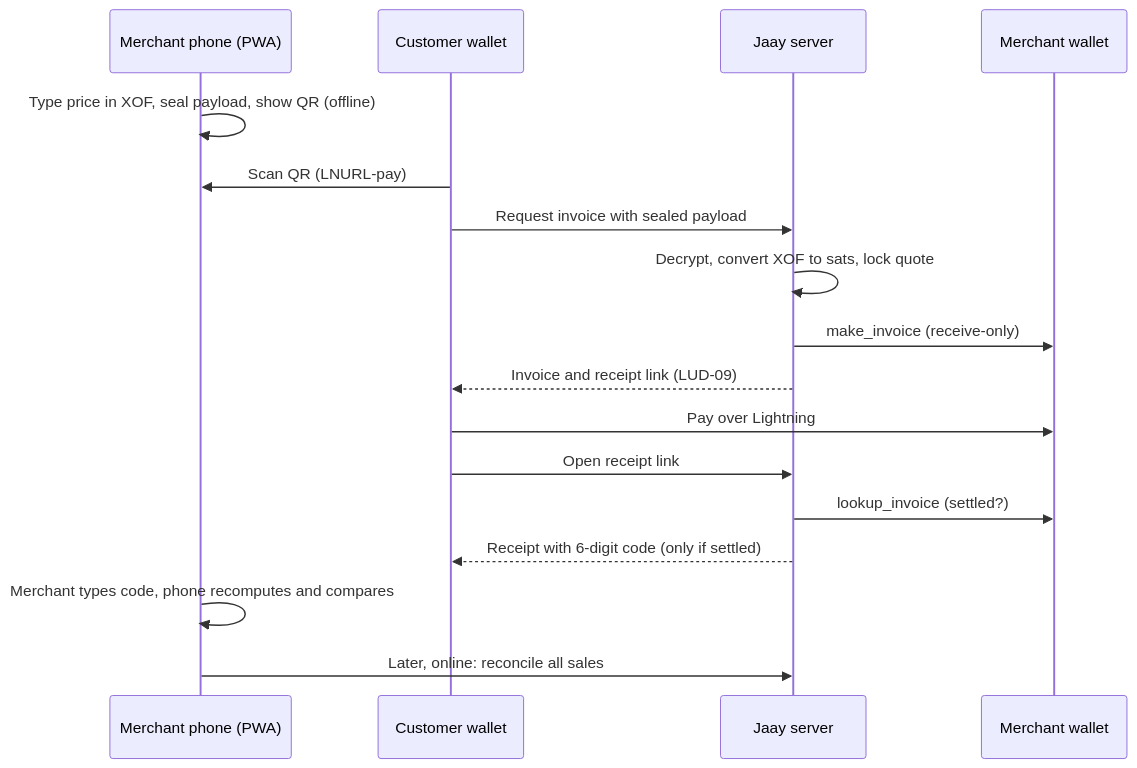
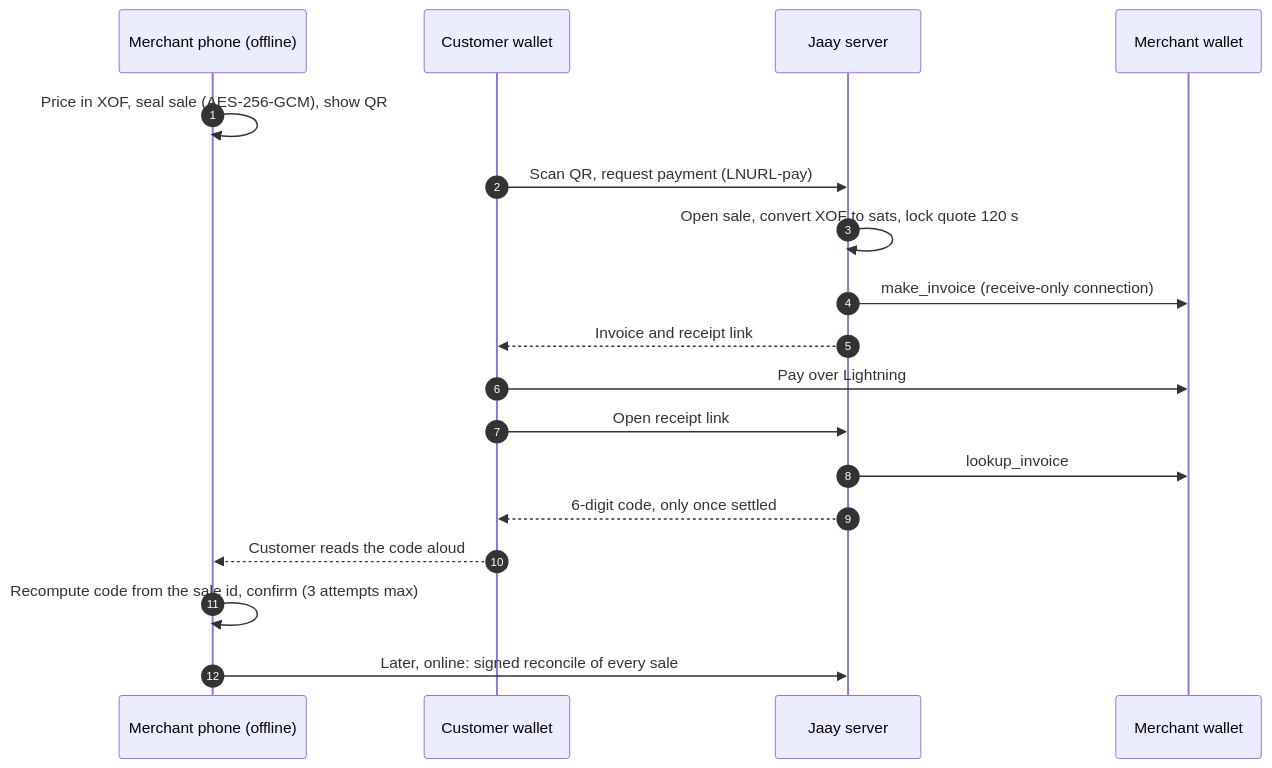
Before and after one commit to lijnati/Jaay: the diagram in README.md, drawn with Mermaid. The commit also changed other lines of this file, not shown here.

````diff
--- a/README.md
+++ b/README.md
@@ -23,19 +94,20 @@
 ```mermaid
 sequenceDiagram
-    participant M as Merchant phone (PWA)
+    autonumber
+    participant M as Merchant phone (offline)
     participant C as Customer wallet
     participant S as Jaay server
     participant W as Merchant wallet
-    M->>M: Type price in XOF, seal payload, show QR (offline)
-    C->>M: Scan QR (LNURL-pay)
-    C->>S: Request invoice with sealed payload
-    S->>S: Decrypt, convert XOF to sats, lock quote
-    S->>W: make_invoice (receive-only)
-    S-->>C: Invoice and receipt link (LUD-09)
+    M->>M: Price in XOF, seal sale (AES-256-GCM), show QR
+    C->>S: Scan QR, request payment (LNURL-pay)
+    S->>S: Open sale, convert XOF to sats, lock quote 120 s
+    S->>W: make_invoice (receive-only connection)
+    S-->>C: Invoice and receipt link
     C->>W: Pay over Lightning
     C->>S: Open receipt link
-    S->>W: lookup_invoice (settled?)
-    S-->>C: Receipt with 6-digit code (only if settled)
-    M->>M: Merchant types code, phone recomputes and compares
-    M->>S: Later, online: reconcile all sales
+    S->>W: lookup_invoice
+    S-->>C: 6-digit code, only once settled
+    C-->>M: Customer reads the code aloud
+    M->>M: Recompute code from the sale id, confirm (3 attempts max)
+    M->>S: Later, online: signed reconcile of every sale
 ```
````
